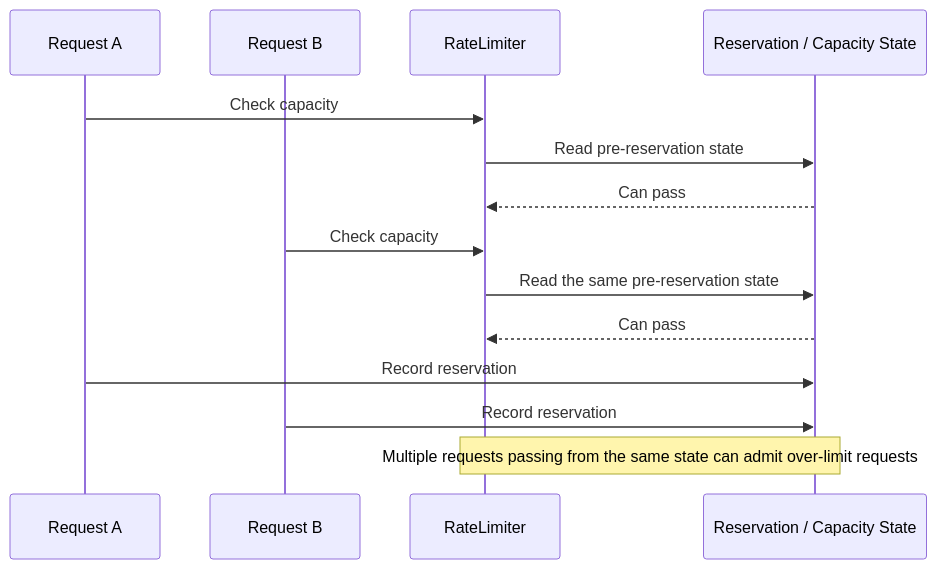
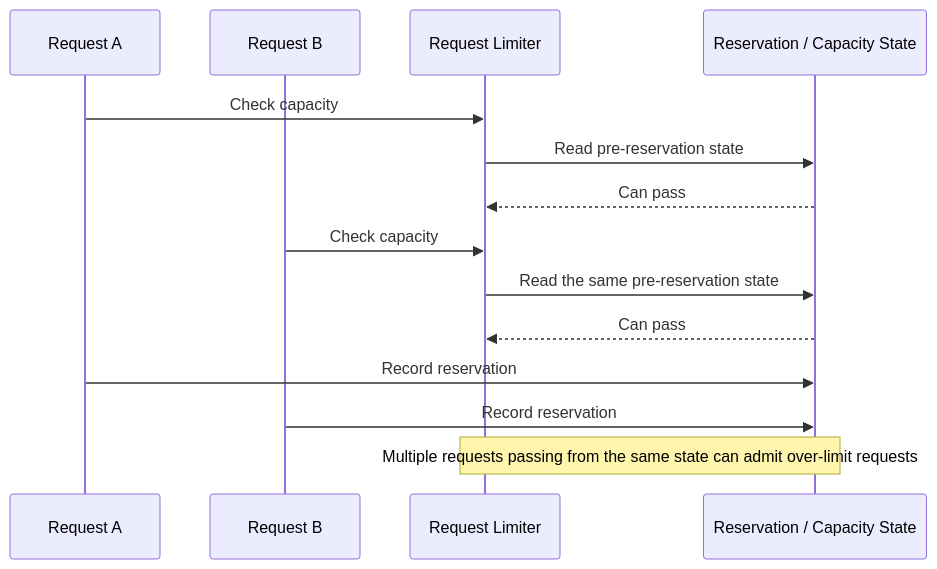
One commit to zmrdltl/portfolio changed the second of 4 diagrams in docs/experience/cluml.en.md. Above: the diagram before and after it, drawn with Mermaid. The commit also changed other lines of this file and 1 other file, not shown here.

````diff
--- a/docs/experience/cluml.en.md
+++ b/docs/experience/cluml.en.md
@@ -36,17 +36,17 @@
 ```mermaid
 sequenceDiagram
   participant A as Request A
   participant B as Request B
-  participant L as RateLimiter
+  participant L as Request Limiter
   participant S as Reservation / Capacity State
 
   A->>L: Check capacity
   L->>S: Read pre-reservation state
   S-->>L: Can pass
   B->>L: Check capacity
   L->>S: Read the same pre-reservation state
   S-->>L: Can pass
   A->>S: Record reservation
   B->>S: Record reservation
   Note over L,S: Multiple requests passing from the same state can admit over-limit requests
 ```
````
